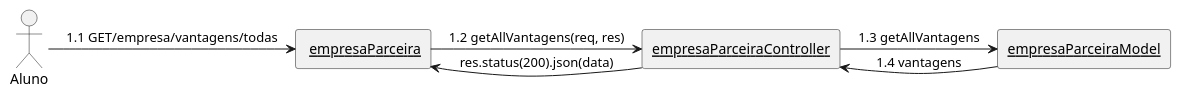
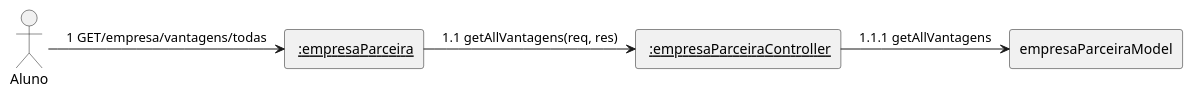
One commit to mmhqs/lab-desenvolvimento-software changed the diagram in laboratorio3/projeto/DiagramaDeComunicacao/listagemVantagensAluno/listagemVantagensAluno.wsd. Above: the diagram before and after it, drawn with PlantUML. The commit also changed 13 other files, not shown here.

Commit message:
diagramas arrumados

```diff
--- a/laboratorio3/projeto/DiagramaDeComunicacao/listagemVantagensAluno/listagemVantagensAluno.wsd
+++ b/laboratorio3/projeto/DiagramaDeComunicacao/listagemVantagensAluno/listagemVantagensAluno.wsd
@@ -1,13 +1,11 @@
 @startuml
 skinparam linestyle ortho
 Actor "Aluno" as aluno
-rectangle "<u> empresaParceira" as routes
-rectangle "<u>empresaParceiraController" as controller
-rectangle "<u>empresaParceiraModel" as model
+rectangle "<u> :empresaParceira" as routes
+rectangle "<u> :empresaParceiraController" as controller
+rectangle "empresaParceiraModel" as model
 
-aluno -right-> routes: 1.1 GET/empresa/vantagens/todas 
-routes -right-> controller: 1.2 getAllVantagens(req, res) 
-controller -right-> model: 1.3 getAllVantagens 
-model -left-> controller: 1.4 vantagens
-controller -left-> routes:  res.status(200).json(data)
+aluno -right-> routes: 1 GET/empresa/vantagens/todas 
+routes -right-> controller: 1.1 getAllVantagens(req, res) 
+controller -right-> model: 1.1.1 getAllVantagens 
 @enduml
```
